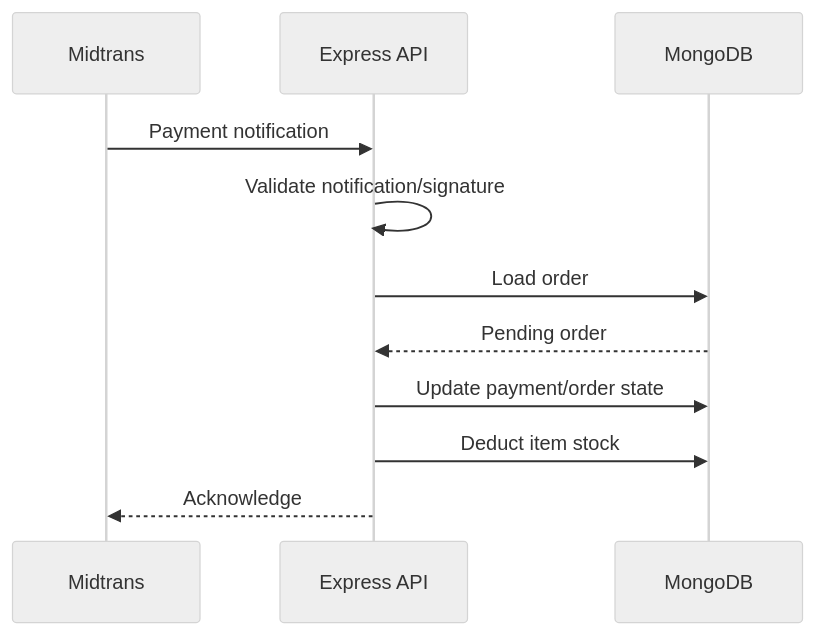
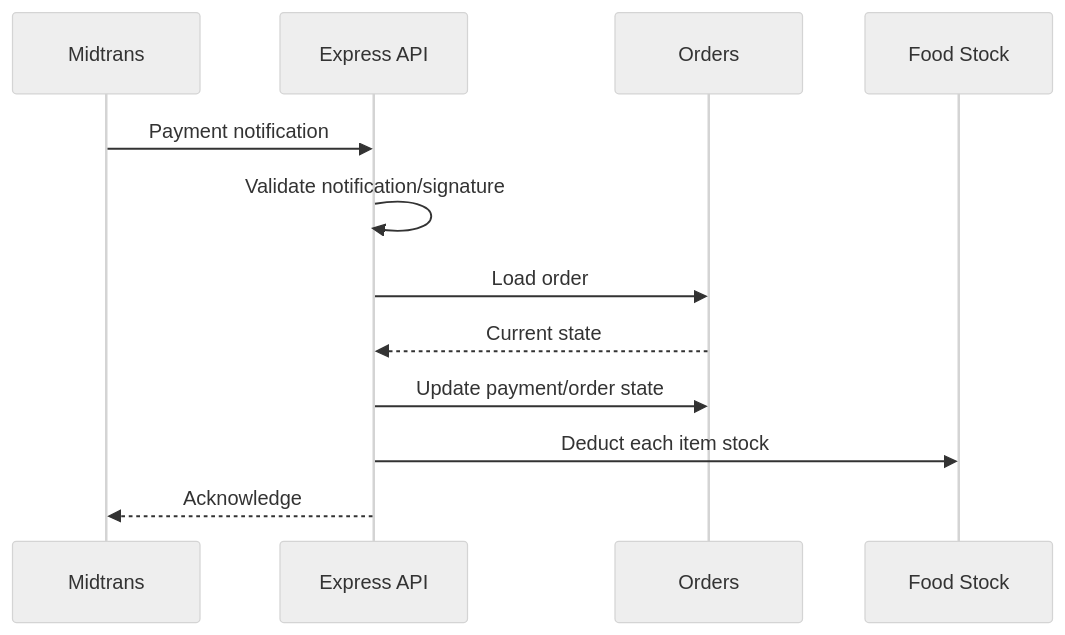
Before and after one commit to HidayahMF/kantinpintarv2: the third of 5 diagrams in docs/development-pipeline.md, drawn with Mermaid (neutral theme). The commit also changed other lines of this file, not shown here.

````diff
--- a/docs/development-pipeline.md
+++ b/docs/development-pipeline.md
@@ -39,14 +56,15 @@
 ```mermaid
 sequenceDiagram
     participant M as Midtrans
     participant A as Express API
-    participant D as MongoDB
+    participant O as Orders
+    participant F as Food Stock
 
     M->>A: Payment notification
     A->>A: Validate notification/signature
-    A->>D: Load order
-    D-->>A: Pending order
-    A->>D: Update payment/order state
-    A->>D: Deduct item stock
+    A->>O: Load order
+    O-->>A: Current state
+    A->>O: Update payment/order state
+    A->>F: Deduct each item stock
     A-->>M: Acknowledge
 ```
````
